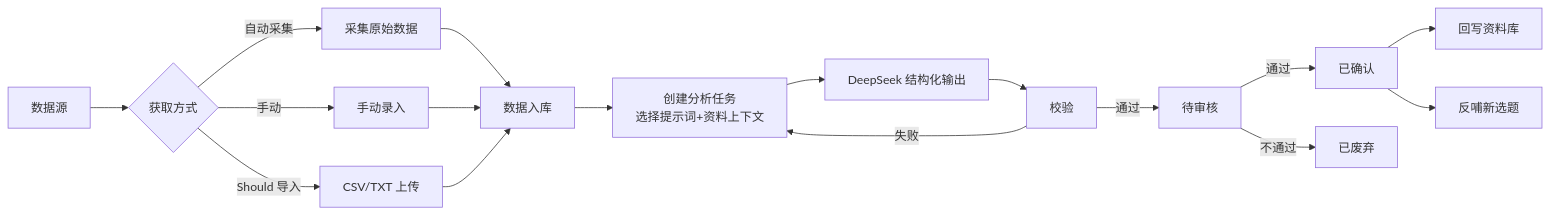
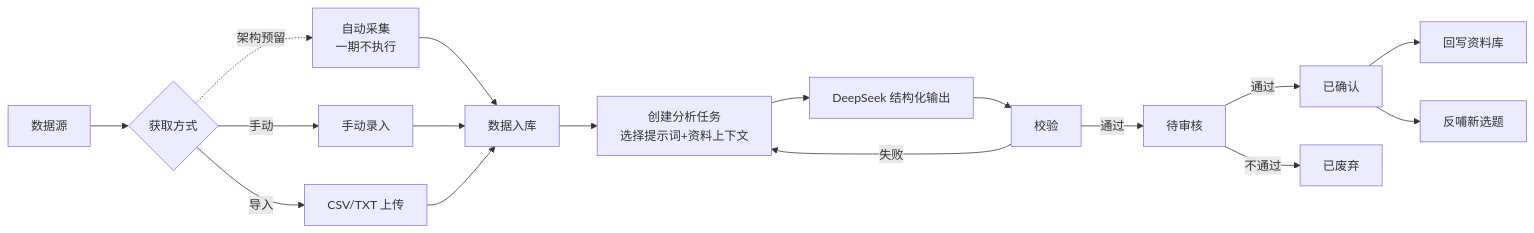
Before and after one commit to lophyJessica/forge-scrm: the first of 2 diagrams in prd-docs/modules/04-数据分析PRD.md, drawn with Mermaid. The commit also changed other lines of this file and 17 other files, not shown here.

````diff
--- a/prd-docs/modules/04-数据分析PRD.md
+++ b/prd-docs/modules/04-数据分析PRD.md
@@ -28,19 +28,19 @@
 ```mermaid
 flowchart LR
     A[数据源] --> B{获取方式}
-    B -->|自动采集| C[采集原始数据]
+    B -.->|架构预留| C[自动采集<br/>一期不执行]
     B -->|手动| D[手动录入]
-    B -->|Should 导入| E[CSV/TXT 上传]
+    B -->|导入| E[CSV/TXT 上传]
     C --> F[数据入库]
     D --> F
     E --> F
     F --> G[创建分析任务<br/>选择提示词+资料上下文]
     G --> H[DeepSeek 结构化输出]
     H --> I[校验]
     I -->|失败| G
     I -->|通过| J[待审核]
     J -->|通过| K[已确认]
     K --> L[回写资料库]
     K --> M[反哺新选题]
     J -->|不通过| N[已废弃]
 ```
````
